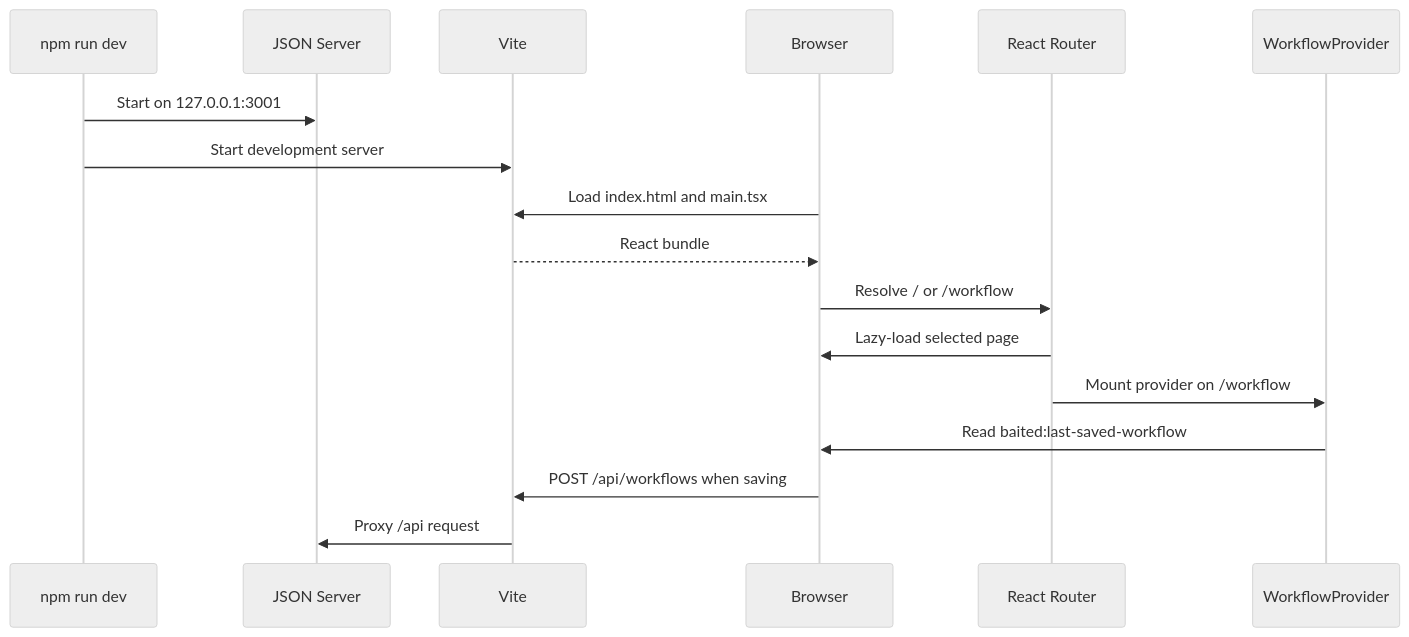
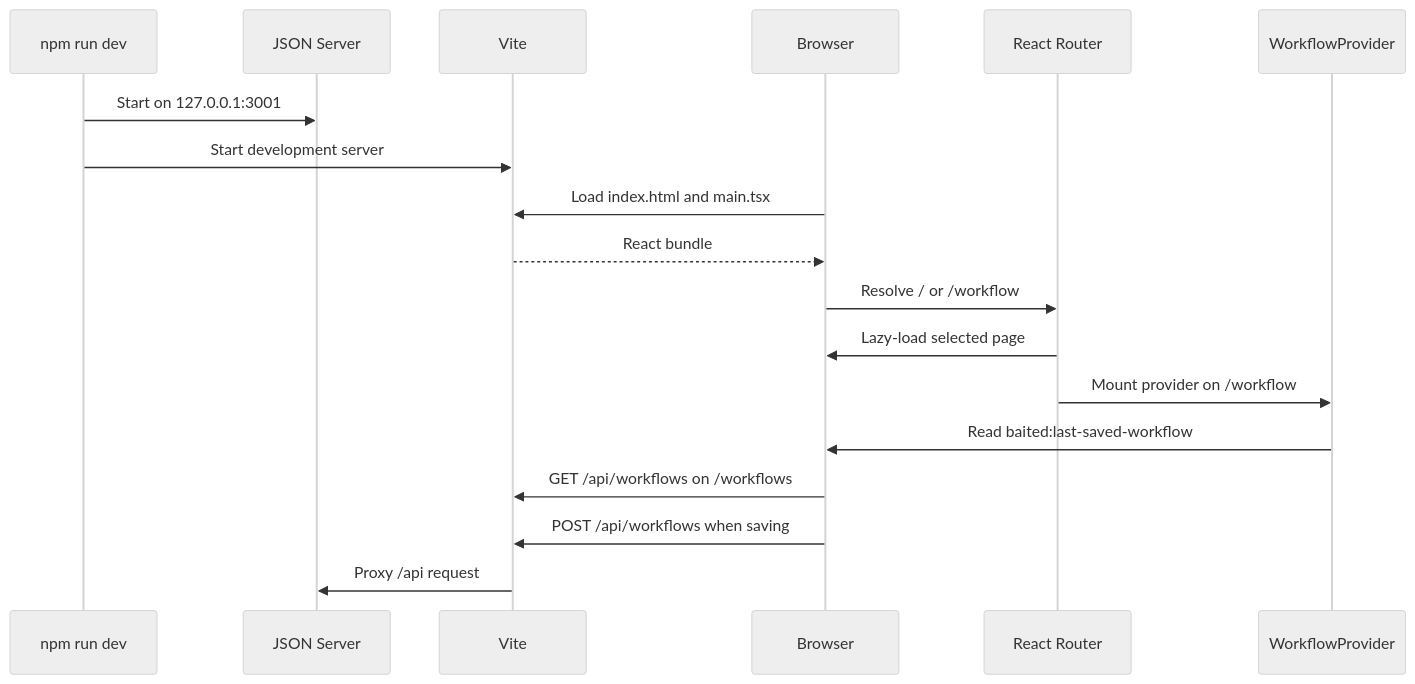
One commit to alezemelo/Baited changed the diagram in docs/02-bootstrap-and-runtime.md. Above: the diagram before and after it, drawn with Mermaid (neutral theme). The commit also changed other lines of this file and 11 other files, not shown here.

Commit message:
feat: add saved workflows page with API integration and sidebar navigation

````diff
--- a/docs/02-bootstrap-and-runtime.md
+++ b/docs/02-bootstrap-and-runtime.md
@@ -16,20 +16,21 @@
 ```mermaid
 sequenceDiagram
   participant CLI as npm run dev
   participant API as JSON Server
   participant Vite as Vite
   participant Browser as Browser
   participant Router as React Router
   participant Provider as WorkflowProvider
 
   CLI->>API: Start on 127.0.0.1:3001
   CLI->>Vite: Start development server
   Browser->>Vite: Load index.html and main.tsx
   Vite-->>Browser: React bundle
   Browser->>Router: Resolve / or /workflow
   Router->>Browser: Lazy-load selected page
   Router->>Provider: Mount provider on /workflow
   Provider->>Browser: Read baited:last-saved-workflow
+  Browser->>Vite: GET /api/workflows on /workflows
   Browser->>Vite: POST /api/workflows when saving
   Vite->>API: Proxy /api request
 ```
````
